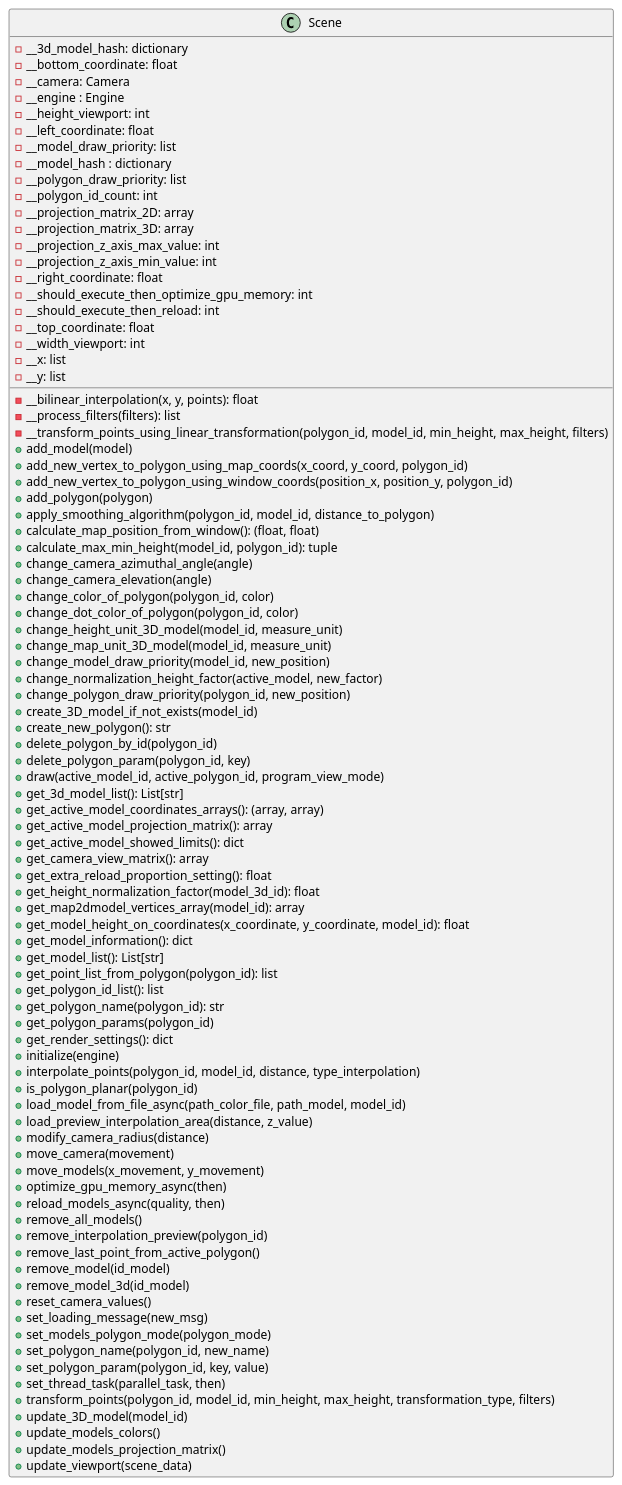
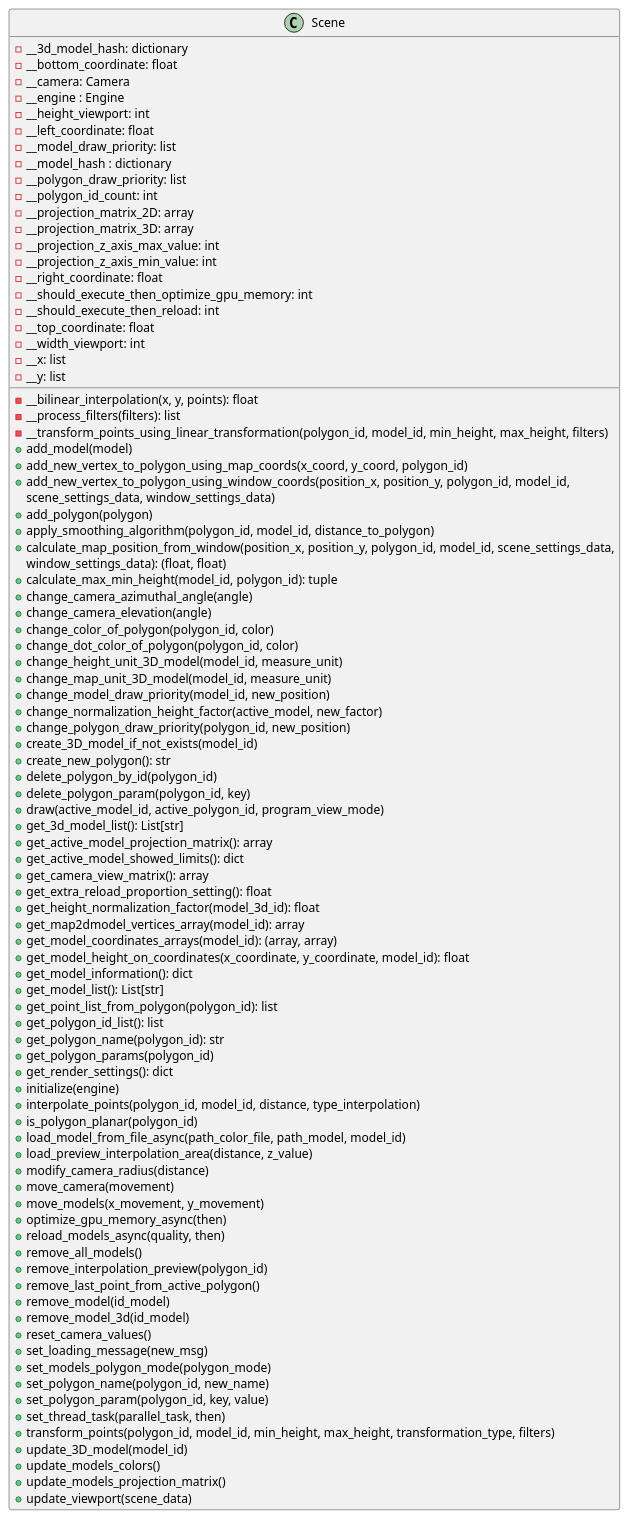
The diagram in docs/classes/Scene.puml (ferpoble2/Relief_Creator), drawn with PlantUML before and after one commit. The commit also changed 2 other files, not shown here.

```diff
--- a/docs/classes/Scene.puml
+++ b/docs/classes/Scene.puml
@@ -1,92 +1,94 @@
 @startuml
             class Scene{
                 - __bilinear_interpolation(x, y, points): float
                 - __process_filters(filters): list
                 - __transform_points_using_linear_transformation(polygon_id, model_id, min_height, max_height, filters)
                 + add_model(model)
                 + add_new_vertex_to_polygon_using_map_coords(x_coord, y_coord, polygon_id)
-                + add_new_vertex_to_polygon_using_window_coords(position_x, position_y, polygon_id)
+                + add_new_vertex_to_polygon_using_window_coords(position_x, position_y, polygon_id, model_id,
+                                                                scene_settings_data, window_settings_data)
                 + add_polygon(polygon)
                 + apply_smoothing_algorithm(polygon_id, model_id, distance_to_polygon)
-                + calculate_map_position_from_window(): (float, float)
+                + calculate_map_position_from_window(position_x, position_y, polygon_id, model_id, scene_settings_data,
+                                                       window_settings_data): (float, float)
                 + calculate_max_min_height(model_id, polygon_id): tuple
                 + change_camera_azimuthal_angle(angle)
                 + change_camera_elevation(angle)
                 + change_color_of_polygon(polygon_id, color)
                 + change_dot_color_of_polygon(polygon_id, color)
                 + change_height_unit_3D_model(model_id, measure_unit)
                 + change_map_unit_3D_model(model_id, measure_unit)
                 + change_model_draw_priority(model_id, new_position)
                 + change_normalization_height_factor(active_model, new_factor)
                 + change_polygon_draw_priority(polygon_id, new_position)
                 + create_3D_model_if_not_exists(model_id)
                 + create_new_polygon(): str
                 + delete_polygon_by_id(polygon_id)
                 + delete_polygon_param(polygon_id, key)
                 + draw(active_model_id, active_polygon_id, program_view_mode)
                 + get_3d_model_list(): List[str]
-                + get_active_model_coordinates_arrays(): (array, array)
                 + get_active_model_projection_matrix(): array
                 + get_active_model_showed_limits(): dict
                 + get_camera_view_matrix(): array
                 + get_extra_reload_proportion_setting(): float
                 + get_height_normalization_factor(model_3d_id): float
                 + get_map2dmodel_vertices_array(model_id): array
+                + get_model_coordinates_arrays(model_id): (array, array)
                 + get_model_height_on_coordinates(x_coordinate, y_coordinate, model_id): float
                 + get_model_information(): dict
                 + get_model_list(): List[str]
                 + get_point_list_from_polygon(polygon_id): list
                 + get_polygon_id_list(): list
                 + get_polygon_name(polygon_id): str
                 + get_polygon_params(polygon_id)
                 + get_render_settings(): dict
                 + initialize(engine)
                 + interpolate_points(polygon_id, model_id, distance, type_interpolation)
                 + is_polygon_planar(polygon_id)
                 + load_model_from_file_async(path_color_file, path_model, model_id)
                 + load_preview_interpolation_area(distance, z_value)
                 + modify_camera_radius(distance)
                 + move_camera(movement)
                 + move_models(x_movement, y_movement)
                 + optimize_gpu_memory_async(then)
                 + reload_models_async(quality, then)
                 + remove_all_models()
                 + remove_interpolation_preview(polygon_id)
                 + remove_last_point_from_active_polygon()
                 + remove_model(id_model)
                 + remove_model_3d(id_model)
                 + reset_camera_values()
                 + set_loading_message(new_msg)
                 + set_models_polygon_mode(polygon_mode)
                 + set_polygon_name(polygon_id, new_name)
                 + set_polygon_param(polygon_id, key, value)
                 + set_thread_task(parallel_task, then)
                 + transform_points(polygon_id, model_id, min_height, max_height, transformation_type, filters)
                 + update_3D_model(model_id)
                 + update_models_colors()
                 + update_models_projection_matrix()
                 + update_viewport(scene_data)
 
                 - __3d_model_hash: dictionary
                 - __bottom_coordinate: float
                 - __camera: Camera
                 - __engine : Engine
                 - __height_viewport: int
                 - __left_coordinate: float
                 - __model_draw_priority: list
                 - __model_hash : dictionary
                 - __polygon_draw_priority: list
                 - __polygon_id_count: int
                 - __projection_matrix_2D: array
                 - __projection_matrix_3D: array
                 - __projection_z_axis_max_value: int
                 - __projection_z_axis_min_value: int
                 - __right_coordinate: float
                 - __should_execute_then_optimize_gpu_memory: int
                 - __should_execute_then_reload: int
                 - __top_coordinate: float
                 - __width_viewport: int
                 - __x: list
                 - __y: list
             }
 @enduml
```
